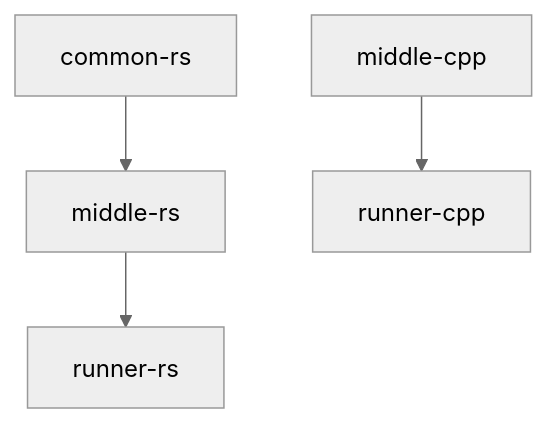
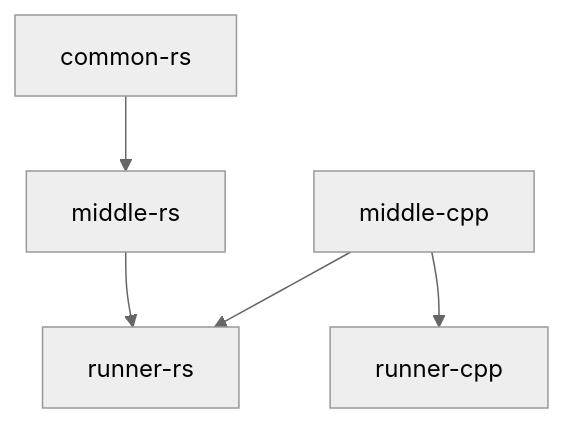
One commit to hanhossain/rust-cxx-cmake changed the diagram in README.md. Above: the diagram before and after it, drawn with Mermaid (neutral theme). The commit also changed 8 other files, not shown here.

Commit message:
middle-cpp from runner-rs

````diff
--- a/README.md
+++ b/README.md
@@ -3,8 +3,9 @@
 ```mermaid
 graph TD
 common-rs --> middle-rs
 middle-rs --> runner-rs
 
 middle-cpp --> runner-cpp
+middle-cpp --> runner-rs
 
 ```
````
